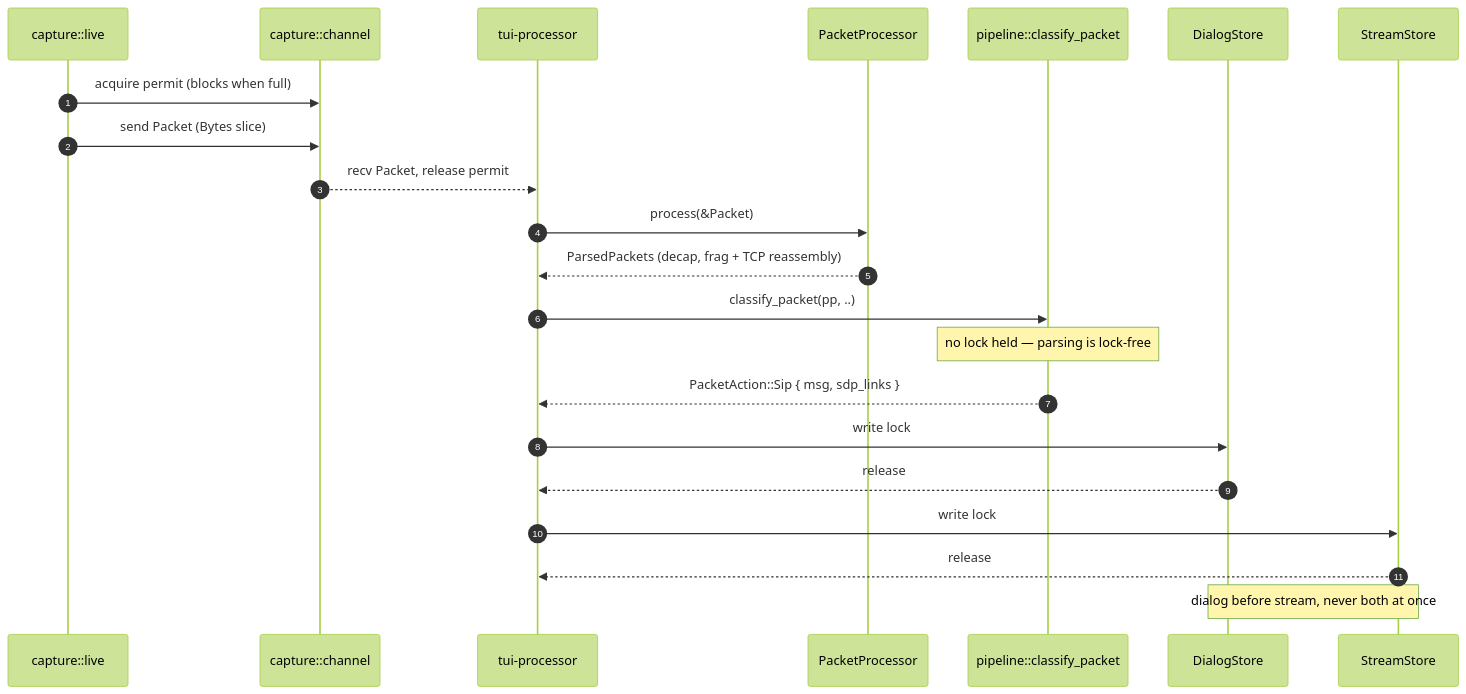
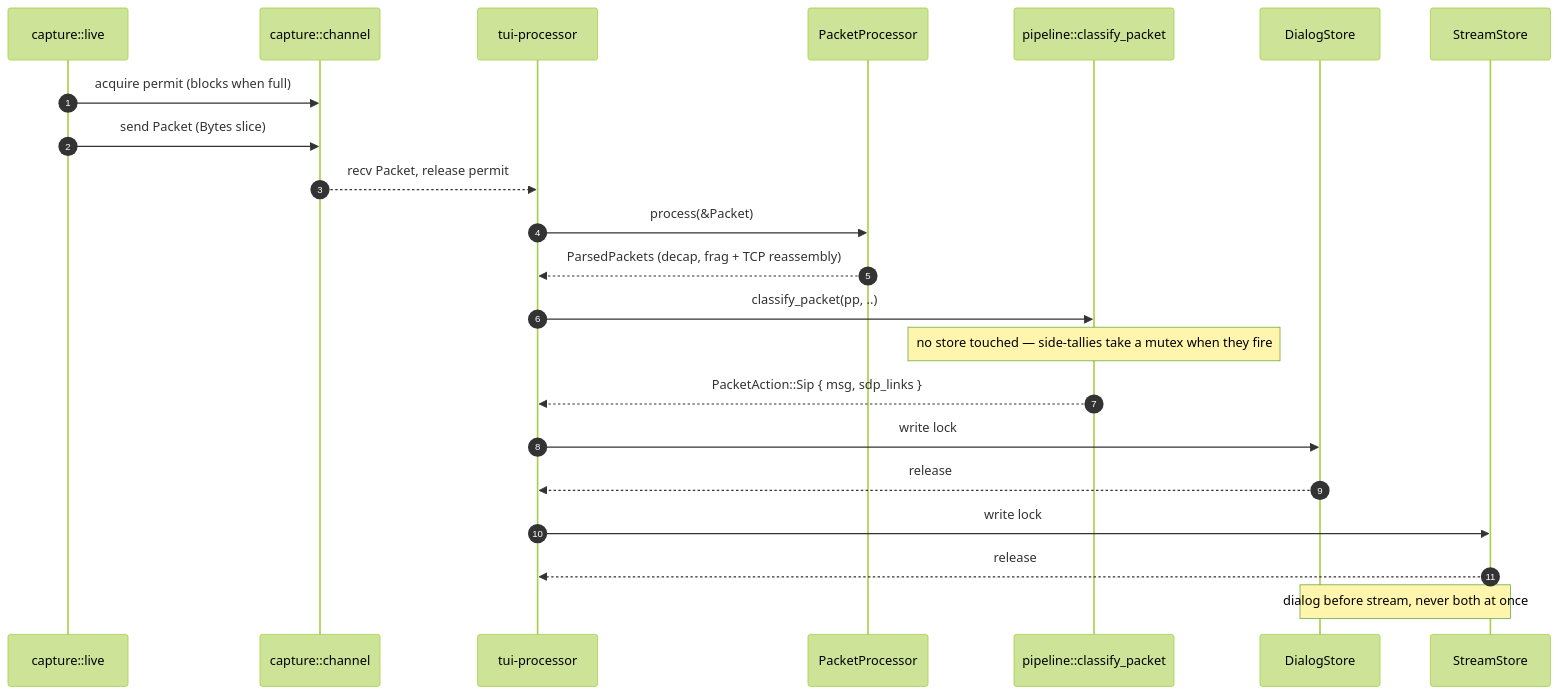
Before and after one commit to NormB/sipnab: the second of 4 diagrams in docs/internals/subsystem-guide.md, drawn with Mermaid (forest theme). The commit also changed other lines of this file and 14 other files, not shown here.

````diff
--- a/docs/internals/subsystem-guide.md
+++ b/docs/internals/subsystem-guide.md
@@ -131,25 +133,25 @@
 ```mermaid
 sequenceDiagram
     autonumber
     participant Cap as capture::live
     participant Ch as capture::channel
     participant Proc as tui-processor
     participant PP as PacketProcessor
     participant Cls as pipeline::classify_packet
     participant DS as DialogStore
     participant SS as StreamStore
 
     Cap->>Ch: acquire permit (blocks when full)
     Cap->>Ch: send Packet (Bytes slice)
     Ch-->>Proc: recv Packet, release permit
     Proc->>PP: process(&Packet)
     PP-->>Proc: ParsedPackets (decap, frag + TCP reassembly)
     Proc->>Cls: classify_packet(pp, ..)
-    Note over Cls: no lock held — parsing is lock-free
+    Note over Cls: no store touched — side-tallies take a mutex when they fire
     Cls-->>Proc: PacketAction::Sip { msg, sdp_links }
     Proc->>DS: write lock
     DS-->>Proc: release
     Proc->>SS: write lock
     SS-->>Proc: release
     Note over DS,SS: dialog before stream, never both at once
 ```
````
